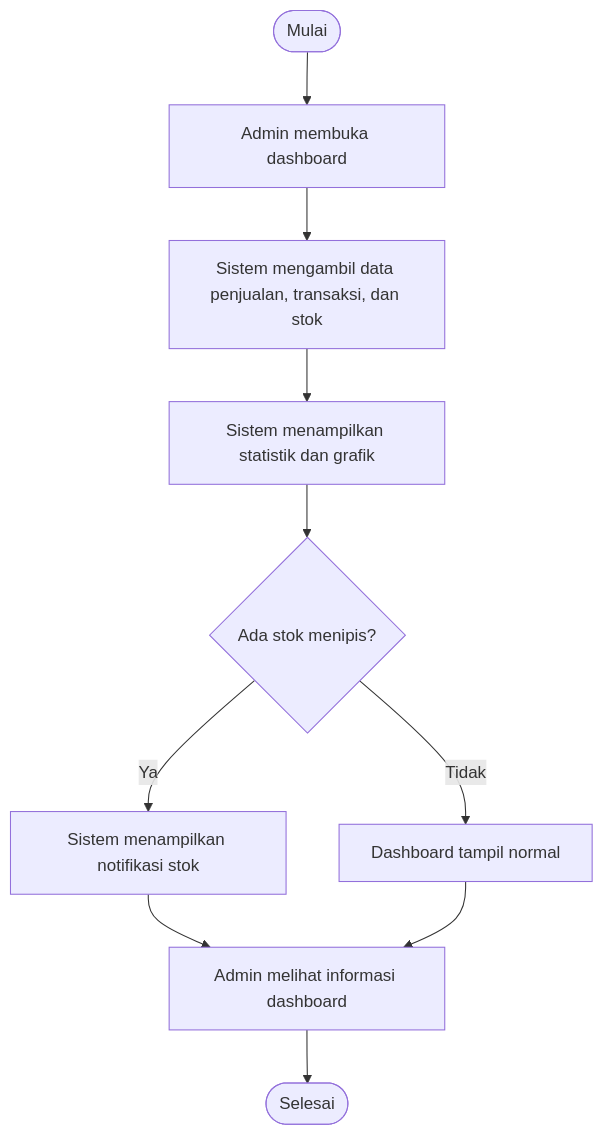
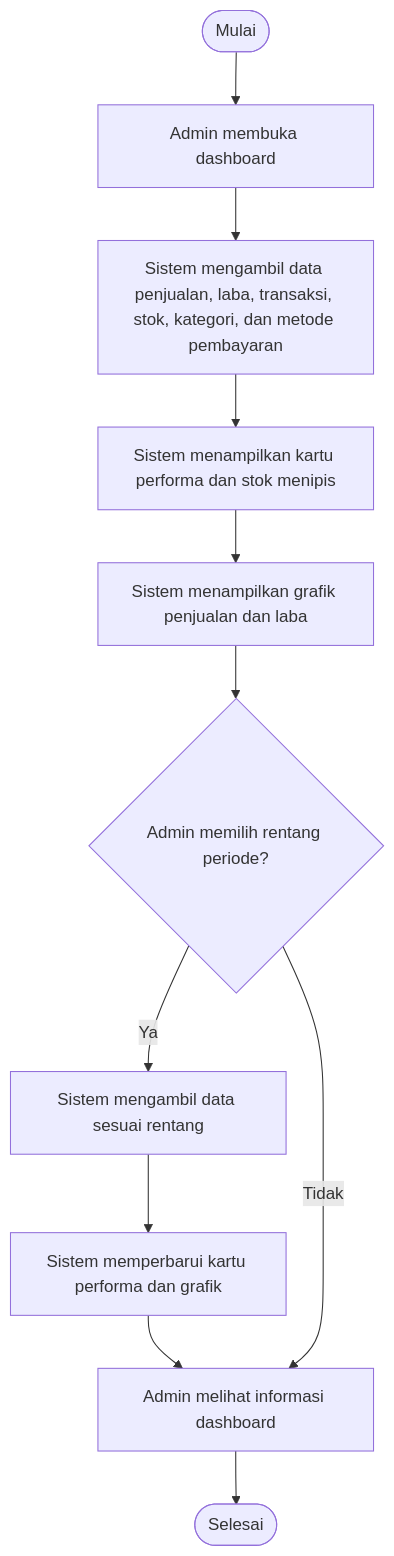
Diagram 12 of 18 in docs/activity-diagram-bab-3.md (mgalihpp/warung-pos), drawn with Mermaid before and after one commit. The commit also changed other lines of this file and 2 other files, not shown here.

Commit message:
fix: return barang edit to detail

````diff
--- a/docs/activity-diagram-bab-3.md
+++ b/docs/activity-diagram-bab-3.md
@@ -257,12 +259,13 @@
 ```mermaid
 flowchart TD
   A([Mulai]) --> B[Admin membuka dashboard]
-  B --> C[Sistem mengambil data penjualan, transaksi, dan stok]
-  C --> D[Sistem menampilkan statistik dan grafik]
-  D --> E{Ada stok menipis?}
-  E -- Ya --> F[Sistem menampilkan notifikasi stok]
-  E -- Tidak --> G[Dashboard tampil normal]
-  F --> H[Admin melihat informasi dashboard]
-  G --> H
-  H --> I([Selesai])
+  B --> C[Sistem mengambil data penjualan, laba, transaksi, stok, kategori, dan metode pembayaran]
+  C --> D[Sistem menampilkan kartu performa dan stok menipis]
+  D --> E[Sistem menampilkan grafik penjualan dan laba]
+  E --> F{Admin memilih rentang periode?}
+  F -- Ya --> G[Sistem mengambil data sesuai rentang]
+  G --> H[Sistem memperbarui kartu performa dan grafik]
+  H --> I[Admin melihat informasi dashboard]
+  F -- Tidak --> I
+  I --> J([Selesai])
 ```
````
